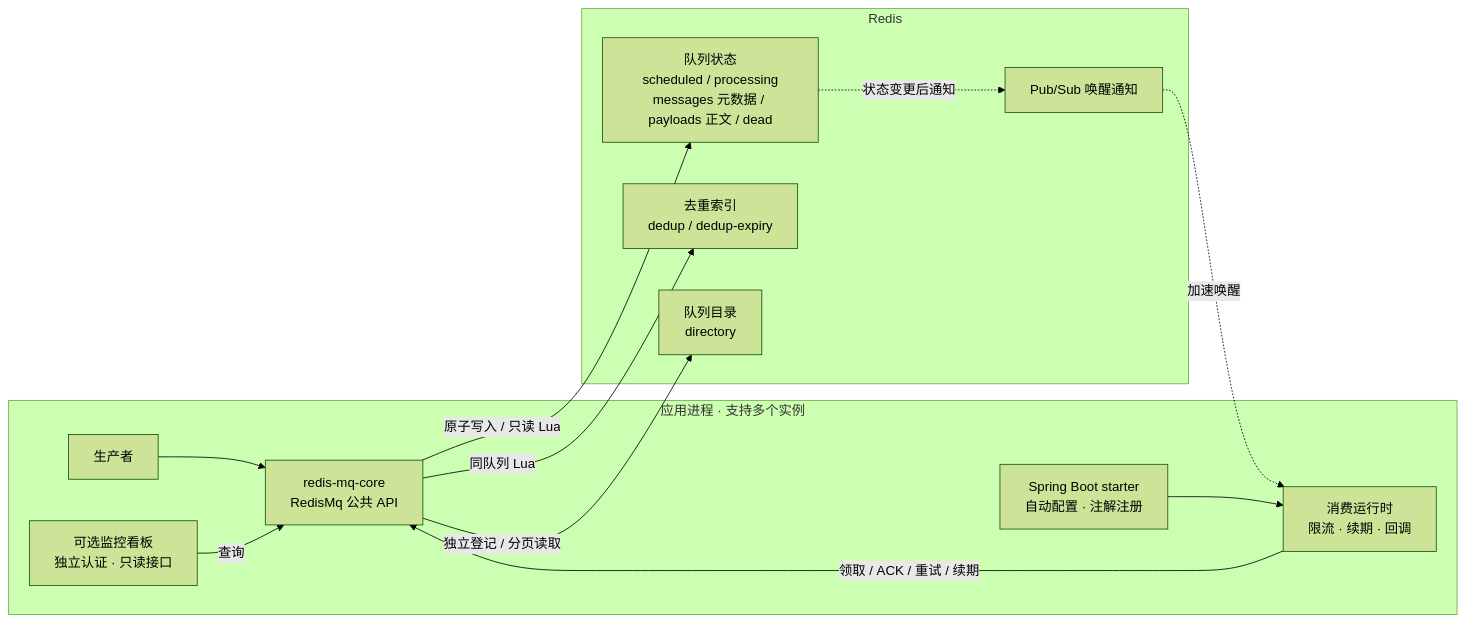
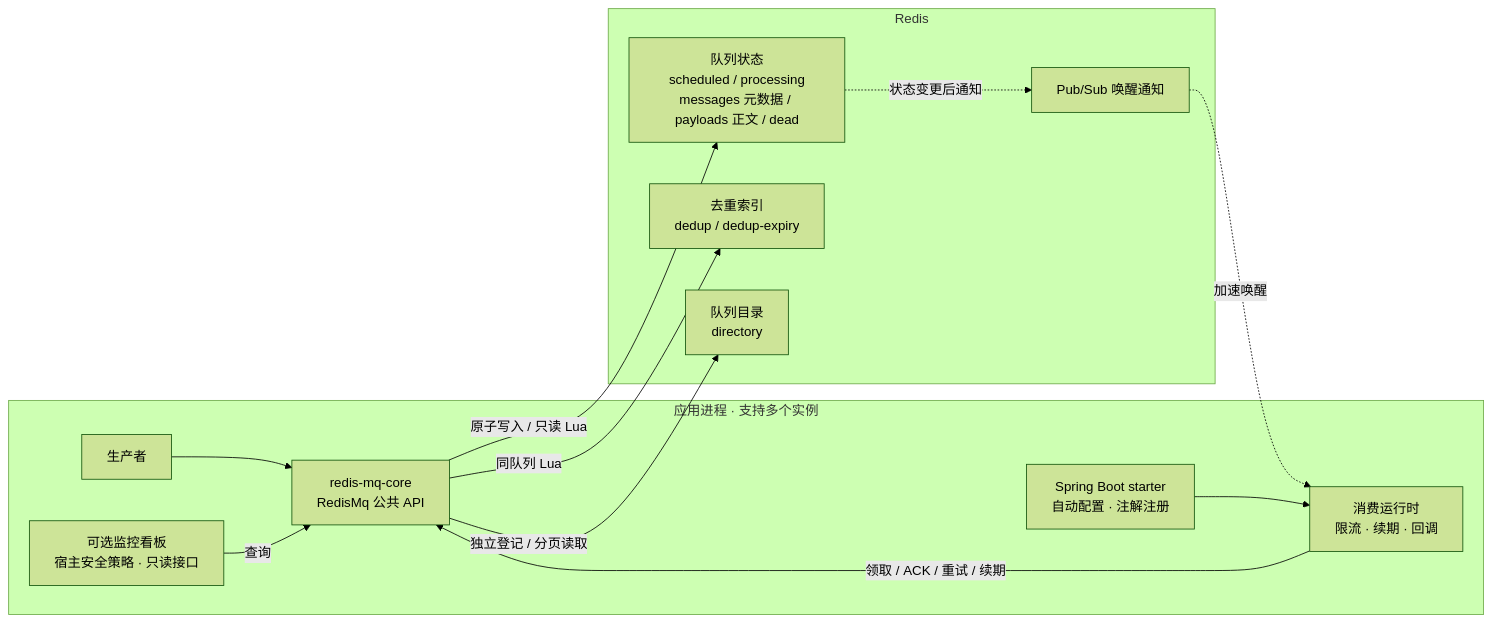
Before and after one commit to linbin-mk/redismq: the first of 2 diagrams in README.md, drawn with Mermaid (forest theme). The commit also changed other lines of this file and 21 other files, not shown here.

````diff
--- a/README.md
+++ b/README.md
@@ -100,20 +102,20 @@
 ```mermaid
 flowchart LR
     subgraph APP["应用进程 · 支持多个实例"]
         P["生产者"] --> C["redis-mq-core<br/>RedisMq 公共 API"]
         S["Spring Boot starter<br/>自动配置 · 注解注册"] --> W["消费运行时<br/>限流 · 续期 · 回调"]
         W -->|"领取 / ACK / 重试 / 续期"| C
-        D["可选监控看板<br/>独立认证 · 只读接口"] -->|"查询"| C
+        D["可选监控看板<br/>宿主安全策略 · 只读接口"] -->|"查询"| C
     end
     subgraph REDIS["Redis"]
         Q["队列状态<br/>scheduled / processing<br/>messages 元数据 / payloads 正文 / dead"]
         I["去重索引<br/>dedup / dedup-expiry"]
         R["队列目录<br/>directory"]
         N["Pub/Sub 唤醒通知"]
     end
     C -->|"原子写入 / 只读 Lua"| Q
     C -->|"同队列 Lua"| I
     C -->|"独立登记 / 分页读取"| R
     Q -.->|"状态变更后通知"| N
     N -.->|"加速唤醒"| W
 ```
````
